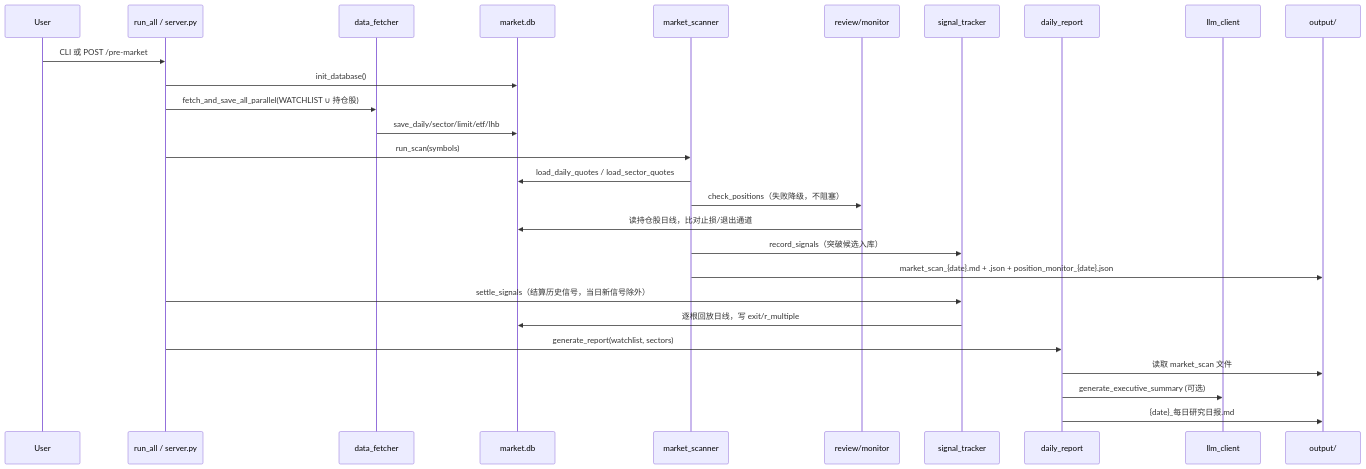
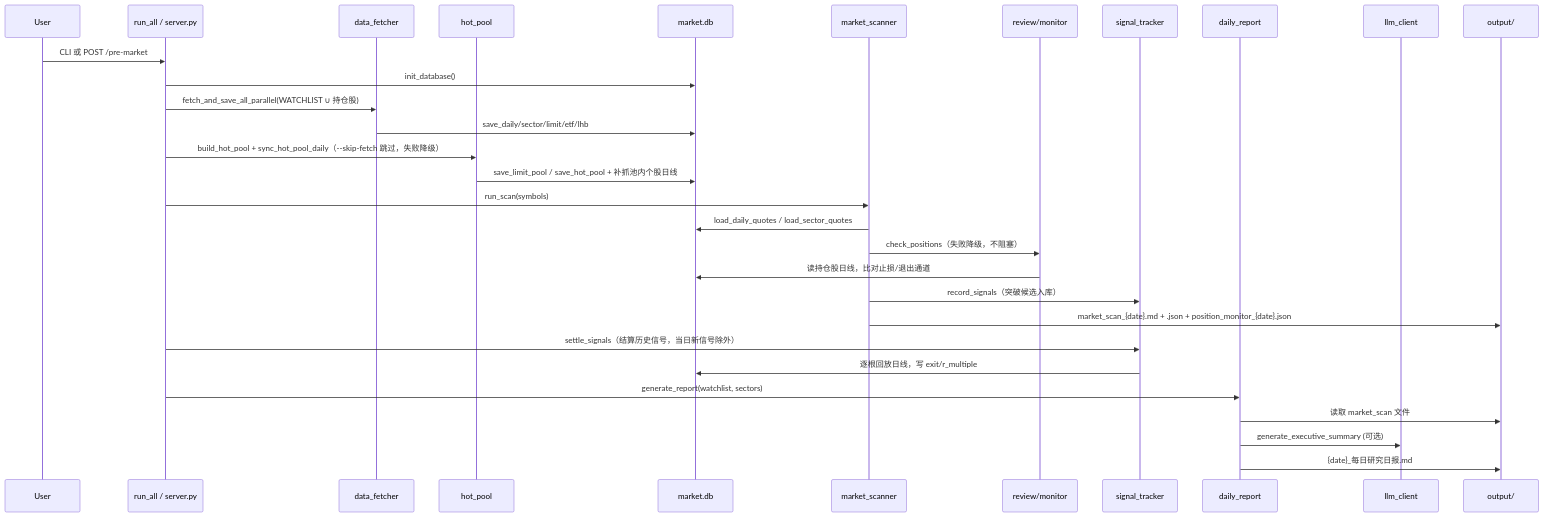
One commit to fukangjian/BIllion changed the third of 6 diagrams in Invest/ARCHITECTURE.md. Above: the diagram before and after it, drawn with Mermaid. The commit also changed other lines of this file and 5 other files, not shown here.

````diff
--- a/Invest/ARCHITECTURE.md
+++ b/Invest/ARCHITECTURE.md
@@ -216,30 +223,33 @@
 ```mermaid
 sequenceDiagram
     participant User
     participant Entry as run_all / server.py
     participant Fetch as data_fetcher
+    participant HP as hot_pool
     participant DB as market.db
     participant Scan as market_scanner
     participant Mon as review/monitor
     participant ST as signal_tracker
     participant Report as daily_report
     participant LLM as llm_client
     participant Out as output/
 
     User->>Entry: CLI 或 POST /pre-market
     Entry->>DB: init_database()
     Entry->>Fetch: fetch_and_save_all_parallel(WATCHLIST ∪ 持仓股)
     Fetch->>DB: save_daily/sector/limit/etf/lhb
+    Entry->>HP: build_hot_pool + sync_hot_pool_daily（--skip-fetch 跳过，失败降级）
+    HP->>DB: save_limit_pool / save_hot_pool + 补抓池内个股日线
     Entry->>Scan: run_scan(symbols)
     Scan->>DB: load_daily_quotes / load_sector_quotes
     Scan->>Mon: check_positions（失败降级，不阻塞）
     Mon->>DB: 读持仓股日线，比对止损/退出通道
     Scan->>ST: record_signals（突破候选入库）
     Scan->>Out: market_scan_{date}.md + .json + position_monitor_{date}.json
     Entry->>ST: settle_signals（结算历史信号，当日新信号除外）
     ST->>DB: 逐根回放日线，写 exit/r_multiple
     Entry->>Report: generate_report(watchlist, sectors)
     Report->>Out: 读取 market_scan 文件
     Report->>LLM: generate_executive_summary (可选)
     Report->>Out: {date}_每日研究日报.md
 ```
````
